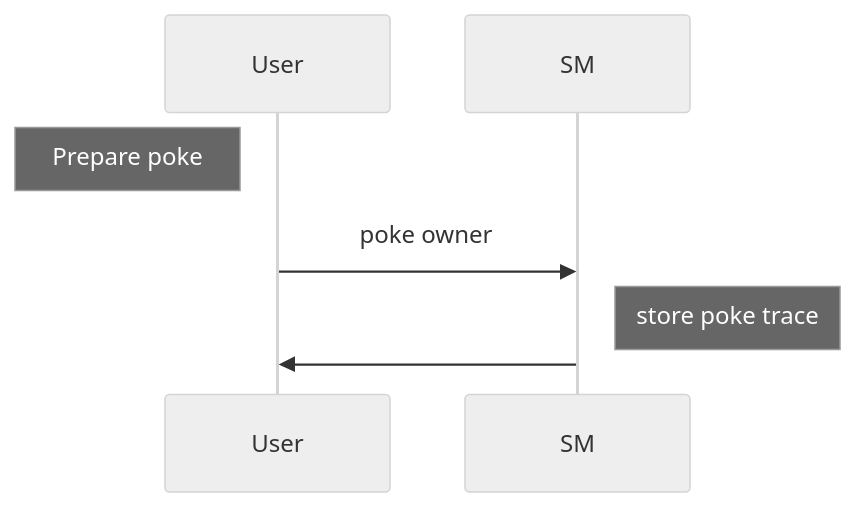
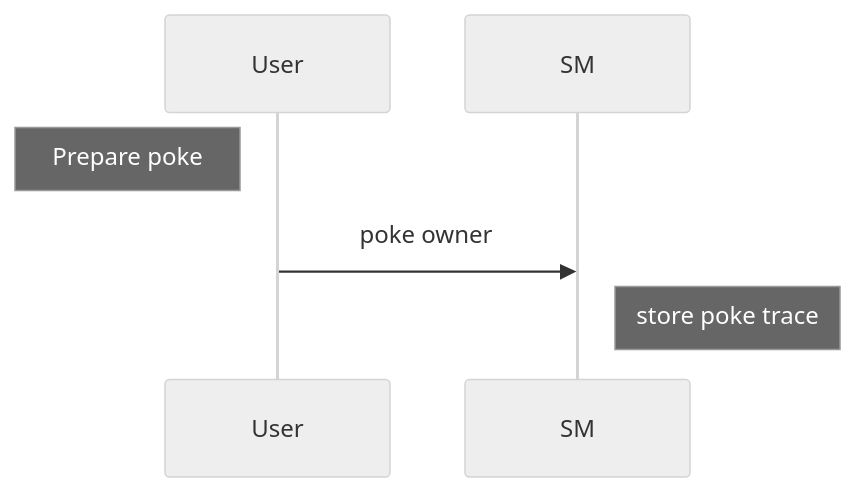
Before and after one commit to marigold-dev/training-dapp-1: the diagram in README.md, drawn with Mermaid (neutral theme).

Commit message:
refine syntax

````diff
--- a/README.md
+++ b/README.md
@@ -25,7 +25,6 @@
 ```mermaid
 sequenceDiagram
   Note left of User: Prepare poke
   User->>SM: poke owner
-  Note right of SM: store poke trace
-  SM->>User: 
+  Note right of SM: store poke trace 
 ```
````
